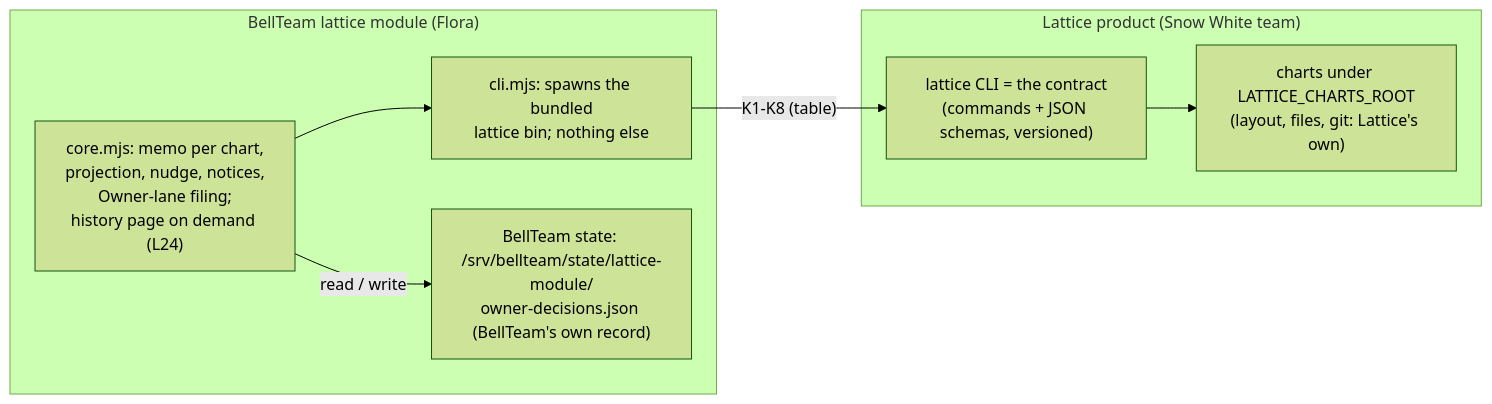
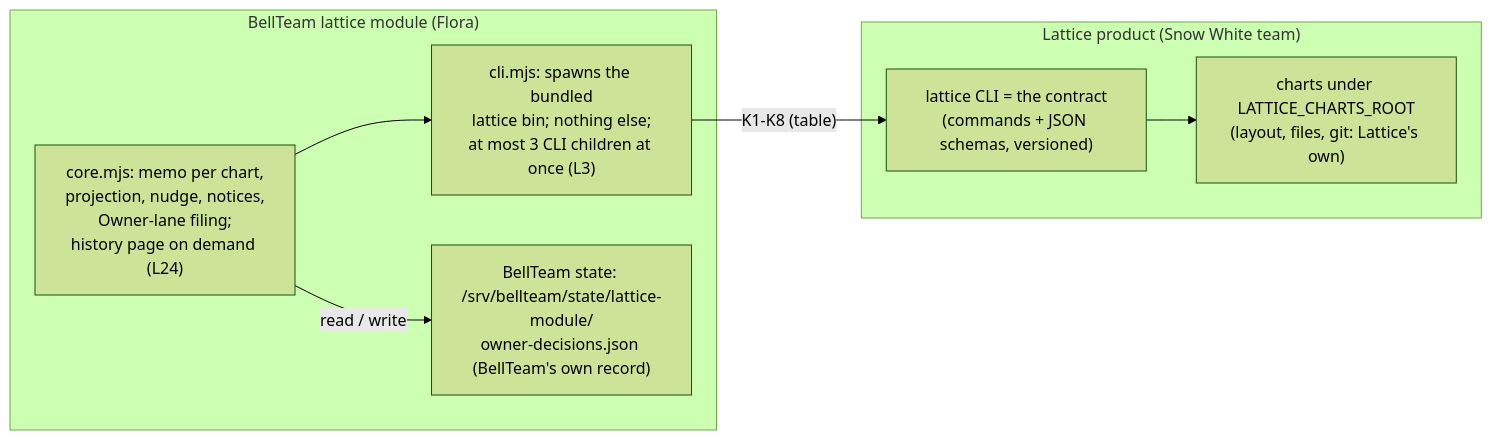
One commit to kitepon/BellTeam changed the first of 2 diagrams in docs/architecture/modules/lattice/README.md. Above: the diagram before and after it, drawn with Mermaid (forest theme). The commit also changed other lines of this file and 3 other files, not shown here.

Commit message:
a466f: lattice module child runs at most 3 Lattice CLI children at once

````diff
--- a/docs/architecture/modules/lattice/README.md
+++ b/docs/architecture/modules/lattice/README.md
@@ -30,14 +30,14 @@
 ```mermaid
 flowchart LR
   subgraph BellTeam["BellTeam lattice module (Flora)"]
     Core["core.mjs: memo per chart,<br/>projection, nudge, notices,<br/>Owner-lane filing;<br/>history page on demand (L24)"]
-    Runner["cli.mjs: spawns the bundled<br/>lattice bin; nothing else"]
+    Runner["cli.mjs: spawns the bundled<br/>lattice bin; nothing else;<br/>at most 3 CLI children at once (L3)"]
     Rec["BellTeam state: /srv/bellteam/state/lattice-module/<br/>owner-decisions.json (BellTeam's own record)"]
   end
   subgraph Lattice["Lattice product (Snow White team)"]
     CLI["lattice CLI = the contract<br/>(commands + JSON schemas, versioned)"]
     Store["charts under LATTICE_CHARTS_ROOT<br/>(layout, files, git: Lattice's own)"]
   end
   Core --> Runner -->|"K1-K8 (table)"| CLI --> Store
   Core -->|"read / write"| Rec
 ```
````
